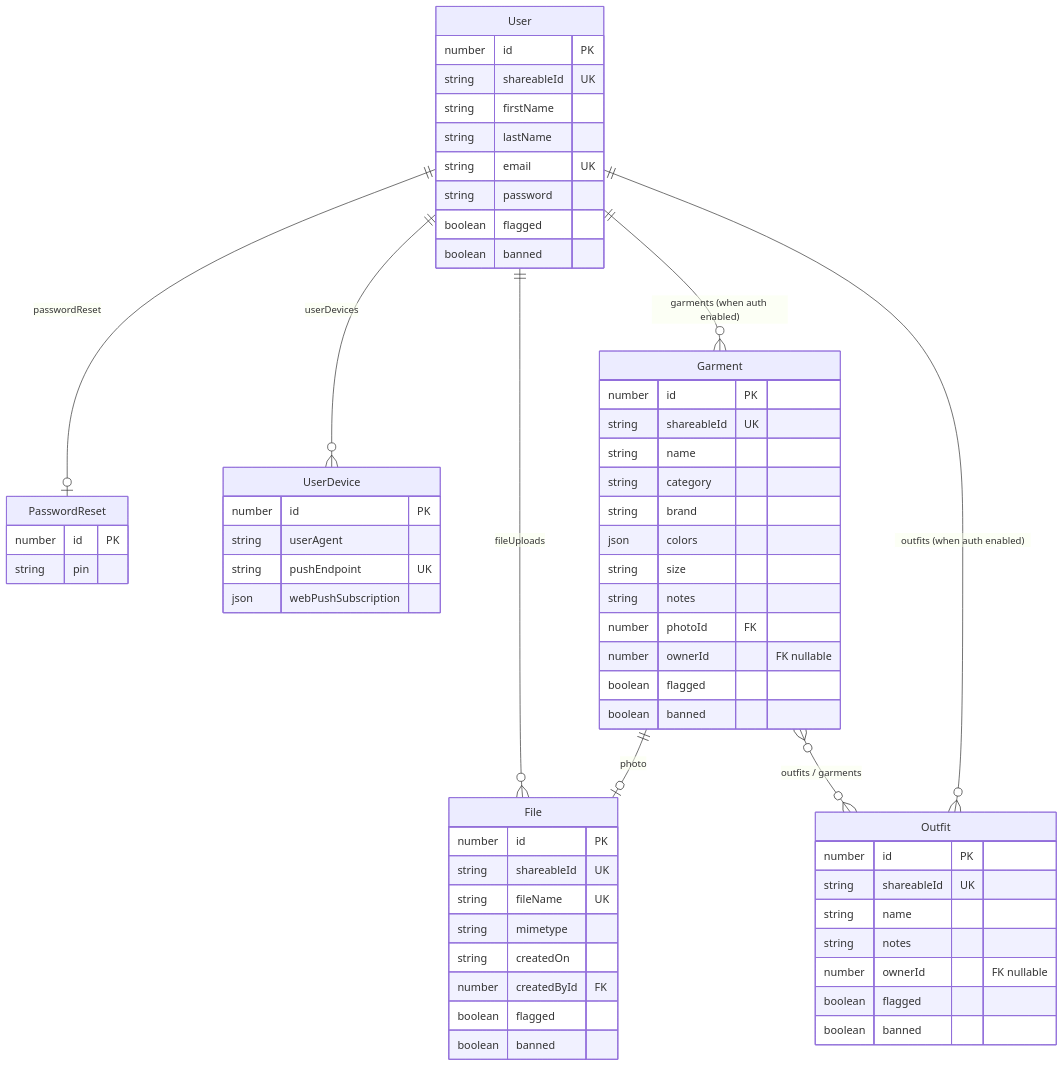
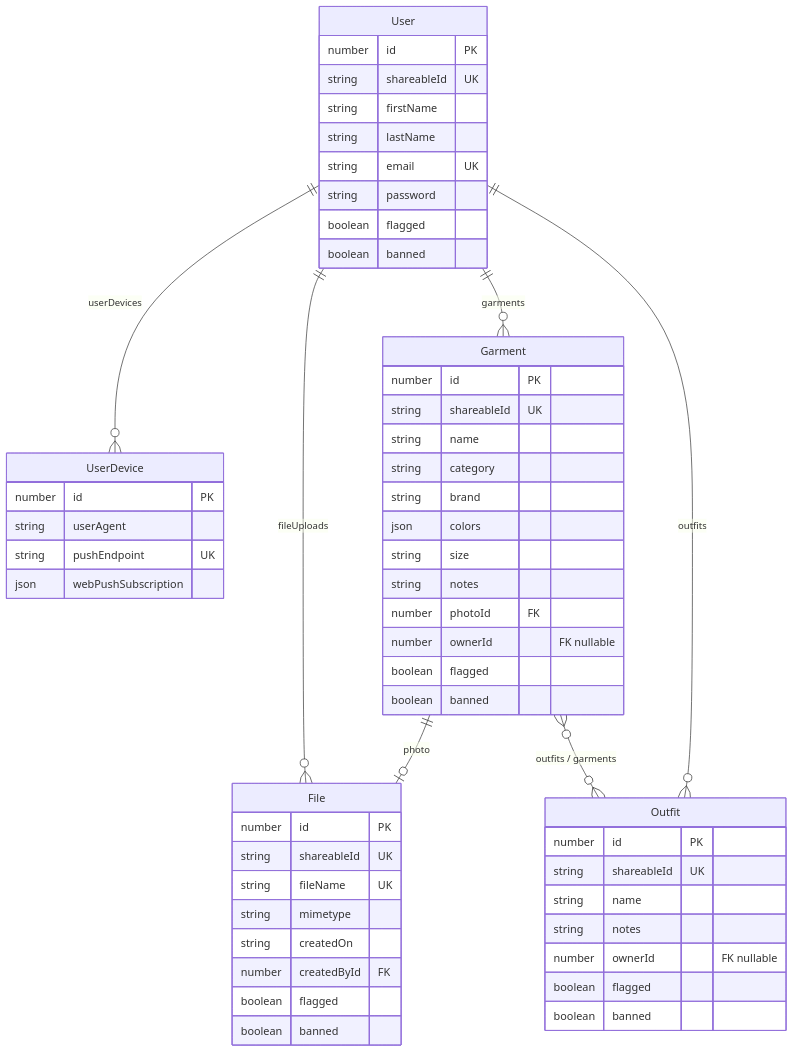
Before and after one commit to agandhi4/closet: the diagram in docs/DESIGN.md, drawn with Mermaid. The commit also changed other lines of this file and 40 other files, not shown here.

First line of the commit message:
auth: replace email password reset with in-app change password

````diff
--- a/docs/DESIGN.md
+++ b/docs/DESIGN.md
@@ -93,69 +93,63 @@
 ```mermaid
 erDiagram
-    User ||--o| PasswordReset : "passwordReset"
     User ||--o{ UserDevice : "userDevices"
     User ||--o{ File : "fileUploads"
-    User ||--o{ Garment : "garments (when auth enabled)"
-    User ||--o{ Outfit : "outfits (when auth enabled)"
+    User ||--o{ Garment : "garments"
+    User ||--o{ Outfit : "outfits"
     Garment ||--o| File : "photo"
     Garment }o--o{ Outfit : "outfits / garments"
 
     User {
         number id PK
         string shareableId UK
         string firstName
         string lastName
         string email UK
         string password
         boolean flagged
         boolean banned
     }
 
     Garment {
         number id PK
         string shareableId UK
         string name
         string category
         string brand
         json colors
         string size
         string notes
         number photoId FK
         number ownerId "FK nullable"
         boolean flagged
         boolean banned
     }
 
     Outfit {
         number id PK
         string shareableId UK
         string name
         string notes
         number ownerId "FK nullable"
         boolean flagged
         boolean banned
     }
 
     File {
         number id PK
         string shareableId UK
         string fileName UK
         string mimetype
         string createdOn
         number createdById FK
         boolean flagged
         boolean banned
     }
 
-    PasswordReset {
-        number id PK
-        string pin
-    }
-
     UserDevice {
         number id PK
         string userAgent
         string pushEndpoint UK
         json webPushSubscription
     }
 ```
````
